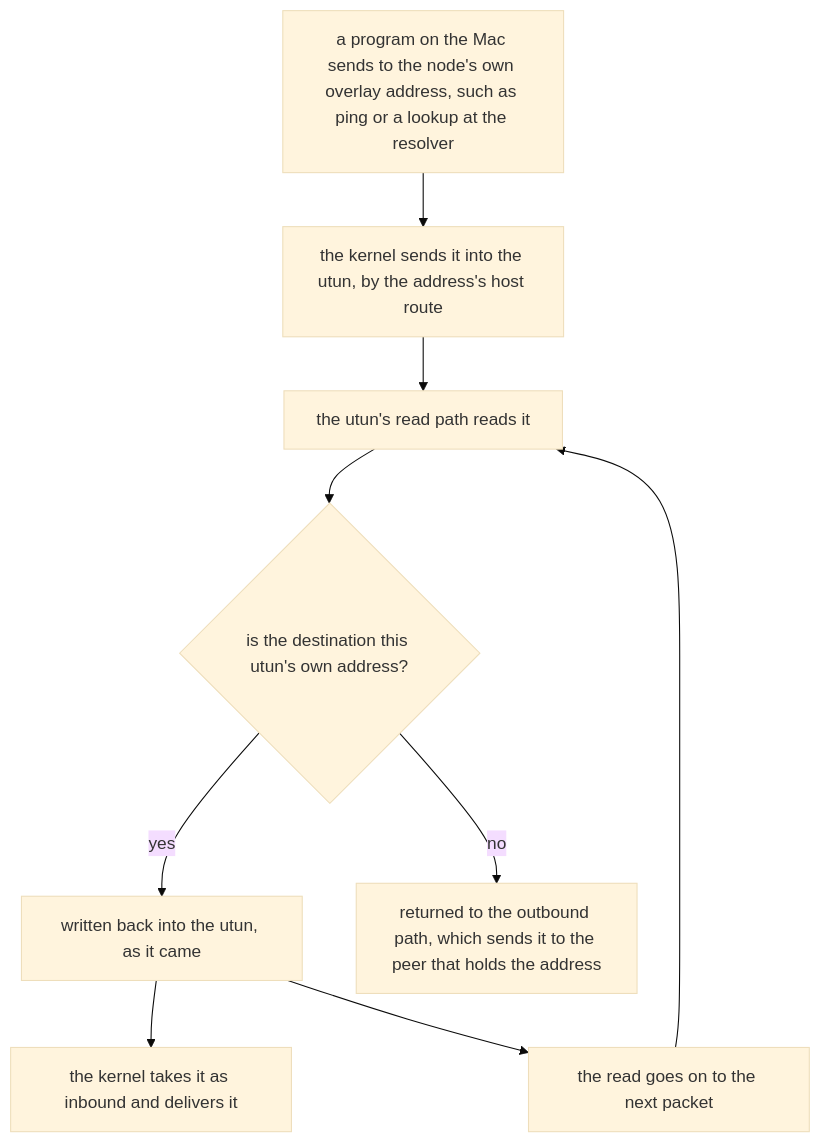
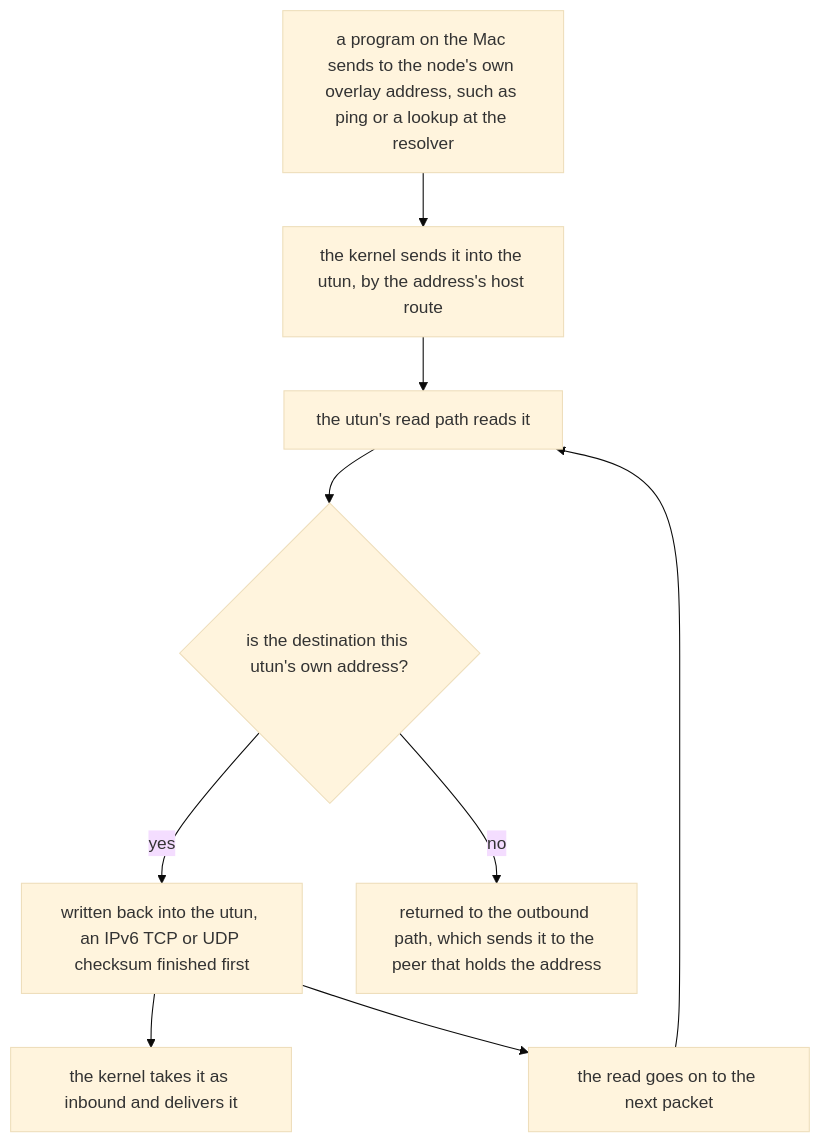
One commit to gjovanov/roomler-ai changed diagram 19 of 19 in docs/overlay-communication.md. Above: the diagram before and after it, drawn with Mermaid (base theme). The commit also changed other lines of this file and 2 other files, not shown here.

````diff
--- a/docs/overlay-communication.md
+++ b/docs/overlay-communication.md
@@ -1401,11 +1402,11 @@
 ```mermaid
 flowchart TD
     app["a program on the Mac sends to the node's own overlay address, such as ping or a lookup at the resolver"] --> utun["the kernel sends it into the utun, by the address's host route"]
     utun --> read["the utun's read path reads it"]
     read --> own{"is the destination this utun's own address?"}
-    own -- yes --> back["written back into the utun, as it came"]
+    own -- yes --> back["written back into the utun, an IPv6 TCP or UDP checksum finished first"]
     back --> deliver["the kernel takes it as inbound and delivers it"]
     back --> next["the read goes on to the next packet"]
     next --> read
     own -- no --> pump["returned to the outbound path, which sends it to the peer that holds the address"]
 ```
````
